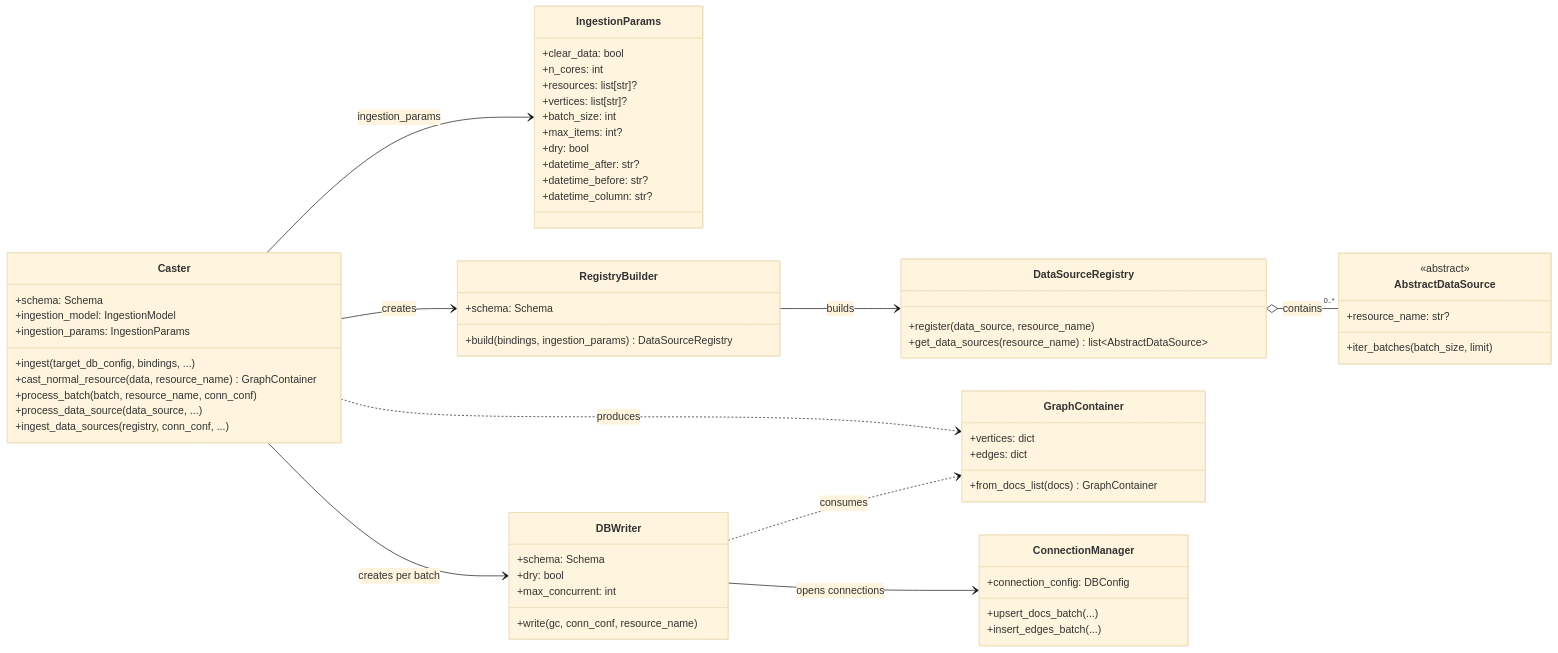
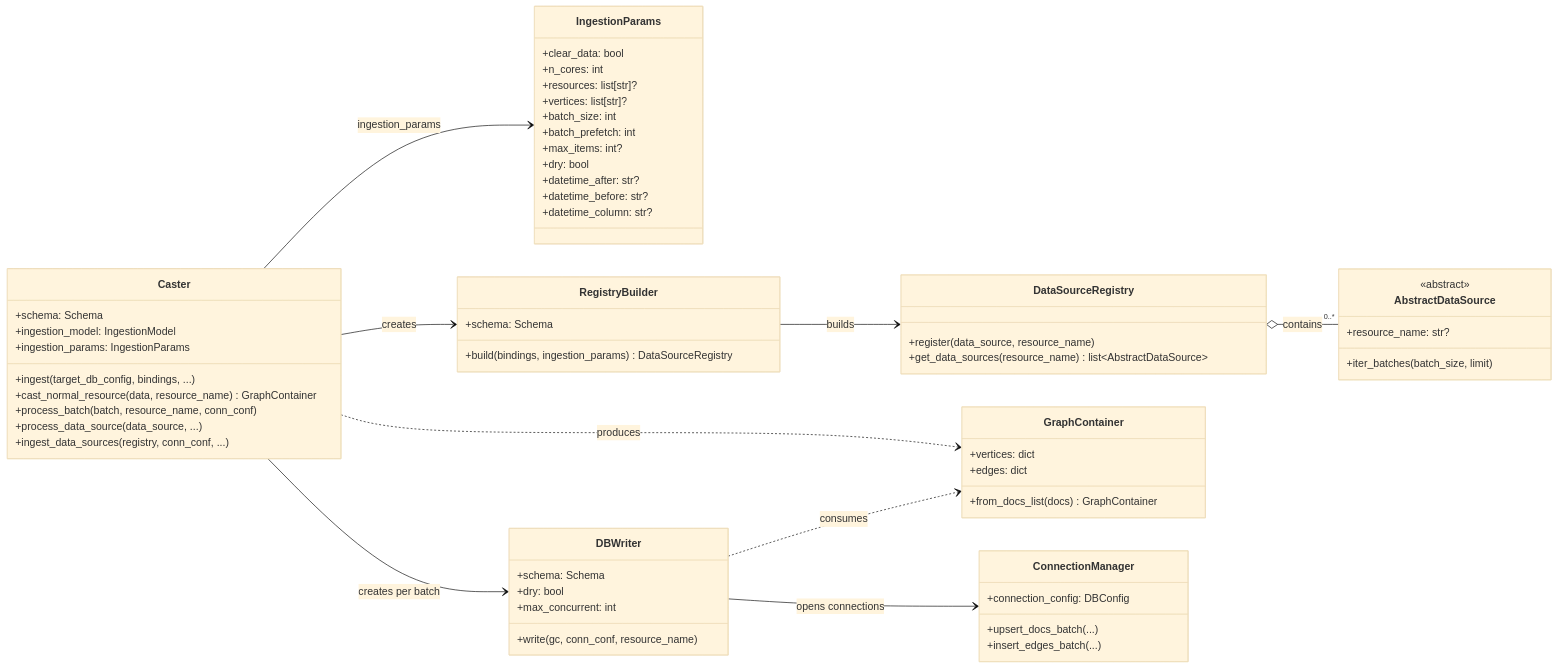
Before and after one commit to growgraph/graflo: the sixth of 8 diagrams in docs/concepts/index.md, drawn with Mermaid (base theme). The commit also changed other lines of this file and 20 other files, not shown here.

````diff
--- a/docs/concepts/index.md
+++ b/docs/concepts/index.md
@@ -404,72 +404,73 @@
 ```mermaid
 classDiagram
     direction LR
 
     class Caster {
         +schema: Schema
         +ingestion_model: IngestionModel
         +ingestion_params: IngestionParams
         +ingest(target_db_config, bindings, ...)
         +cast_normal_resource(data, resource_name) GraphContainer
         +process_batch(batch, resource_name, conn_conf)
         +process_data_source(data_source, ...)
         +ingest_data_sources(registry, conn_conf, ...)
     }
 
     class IngestionParams {
         +clear_data: bool
         +n_cores: int
         +resources: list[str]?
         +vertices: list[str]?
         +batch_size: int
+        +batch_prefetch: int
         +max_items: int?
         +dry: bool
         +datetime_after: str?
         +datetime_before: str?
         +datetime_column: str?
     }
 
     class RegistryBuilder {
         +schema: Schema
         +build(bindings, ingestion_params) DataSourceRegistry
     }
 
     class DataSourceRegistry {
         +register(data_source, resource_name)
         +get_data_sources(resource_name) list~AbstractDataSource~
     }
 
     class DBWriter {
         +schema: Schema
         +dry: bool
         +max_concurrent: int
         +write(gc, conn_conf, resource_name)
     }
 
     class GraphContainer {
         +vertices: dict
         +edges: dict
         +from_docs_list(docs) GraphContainer
     }
 
     class ConnectionManager {
         +connection_config: DBConfig
         +upsert_docs_batch(...)
         +insert_edges_batch(...)
     }
 
     class AbstractDataSource {
         <<abstract>>
         +resource_name: str?
         +iter_batches(batch_size, limit)
     }
 
     Caster --> IngestionParams : ingestion_params
     Caster --> RegistryBuilder : creates
     RegistryBuilder --> DataSourceRegistry : builds
     Caster --> DBWriter : creates per batch
     Caster ..> GraphContainer : produces
     DBWriter ..> GraphContainer : consumes
     DBWriter --> ConnectionManager : opens connections
     DataSourceRegistry o-- "0..*" AbstractDataSource : contains
 ```
````
